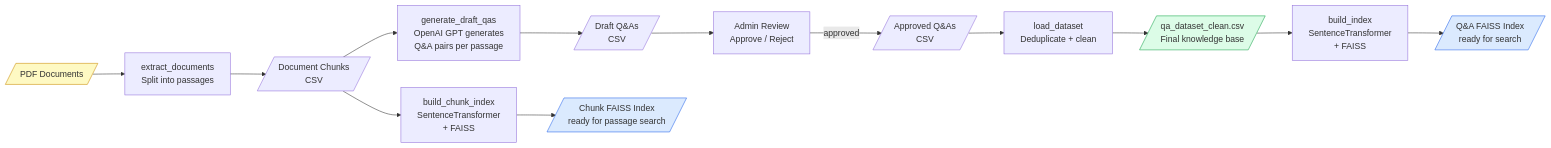
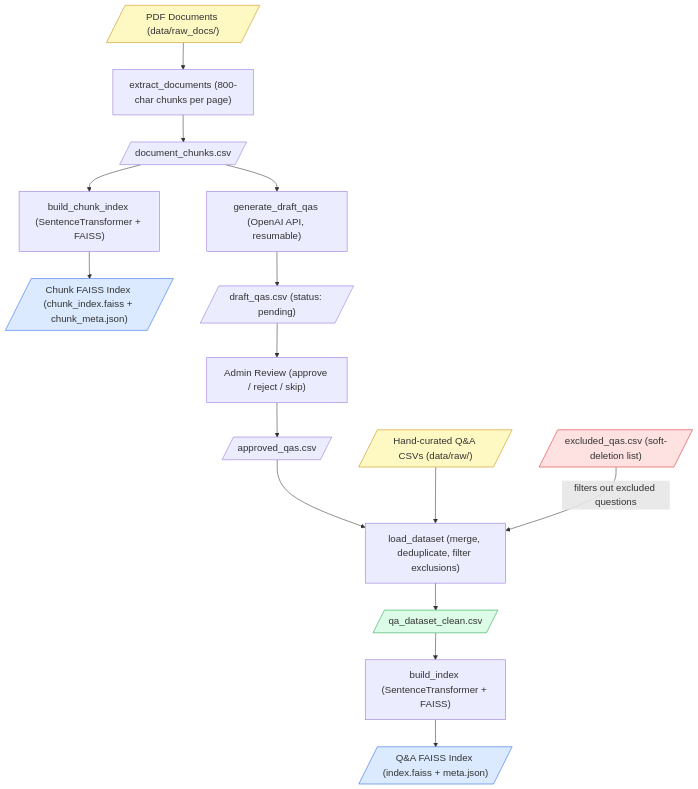
The third of 3 diagrams in diagrams.md (Mo24567/dissertation), drawn with Mermaid before and after one commit. The commit also changed other lines of this file and 11 other files, not shown here.

````diff
--- a/diagrams.md
+++ b/diagrams.md
@@ -119,21 +118,34 @@
 ```mermaid
-flowchart LR
-    A[/"PDF Documents"/] --> B["extract_documents\nSplit into passages"]
-    B --> C[/"Document Chunks\nCSV"/]
-    C --> D["generate_draft_qas\nOpenAI GPT generates\nQ&A pairs per passage"]
-    D --> E[/"Draft Q&As\nCSV"/]
-    E --> F["Admin Review\nApprove / Reject"]
-    F -->|"approved"| G[/"Approved Q&As\nCSV"/]
-    G --> H["load_dataset\nDeduplicate + clean"]
-    H --> I[/"qa_dataset_clean.csv\nFinal knowledge base"/]
-    I --> J["build_index\nSentenceTransformer\n+ FAISS"]
-    J --> K[/"Q&A FAISS Index\nready for search"/]
+%%{init: {'theme': 'default', 'themeVariables': {'fontSize': '18px'}}}%%
+flowchart TD
+    PDF[/"PDF Documents (data/raw_docs/)"/]
+    CSV[/"Hand-curated Q&A CSVs (data/raw/)"/]
+    EXCL[/"excluded_qas.csv (soft-deletion list)"/]
 
-    C --> L["build_chunk_index\nSentenceTransformer\n+ FAISS"]
-    L --> M[/"Chunk FAISS Index\nready for passage search"/]
+    PDF --> EXT["extract_documents (800-char chunks per page)"]
+    EXT --> CHUNKS[/"document_chunks.csv"/]
 
-    style A fill:#fef9c3,stroke:#ca8a04
-    style I fill:#dcfce7,stroke:#16a34a
-    style K fill:#dbeafe,stroke:#2563eb
-    style M fill:#dbeafe,stroke:#2563eb
+    CHUNKS --> BCI["build_chunk_index (SentenceTransformer + FAISS)"]
+    CHUNKS --> GEN["generate_draft_qas (OpenAI API, resumable)"]
+
+    BCI --> CI[/"Chunk FAISS Index (chunk_index.faiss + chunk_meta.json)"/]
+
+    GEN --> DRAFT[/"draft_qas.csv (status: pending)"/]
+    DRAFT --> REV["Admin Review (approve / reject / skip)"]
+    REV --> APP[/"approved_qas.csv"/]
+
+    APP --> LD["load_dataset (merge, deduplicate, filter exclusions)"]
+    CSV --> LD
+    EXCL -->|"filters out excluded questions"| LD
+
+    LD --> CLEAN[/"qa_dataset_clean.csv"/]
+    CLEAN --> BI["build_index (SentenceTransformer + FAISS)"]
+    BI --> QI[/"Q&A FAISS Index (index.faiss + meta.json)"/]
+
+    style PDF fill:#fef9c3,stroke:#ca8a04
+    style CSV fill:#fef9c3,stroke:#ca8a04
+    style CLEAN fill:#dcfce7,stroke:#16a34a
+    style QI fill:#dbeafe,stroke:#2563eb
+    style CI fill:#dbeafe,stroke:#2563eb
+    style EXCL fill:#fee2e2,stroke:#dc2626
 ```
````
